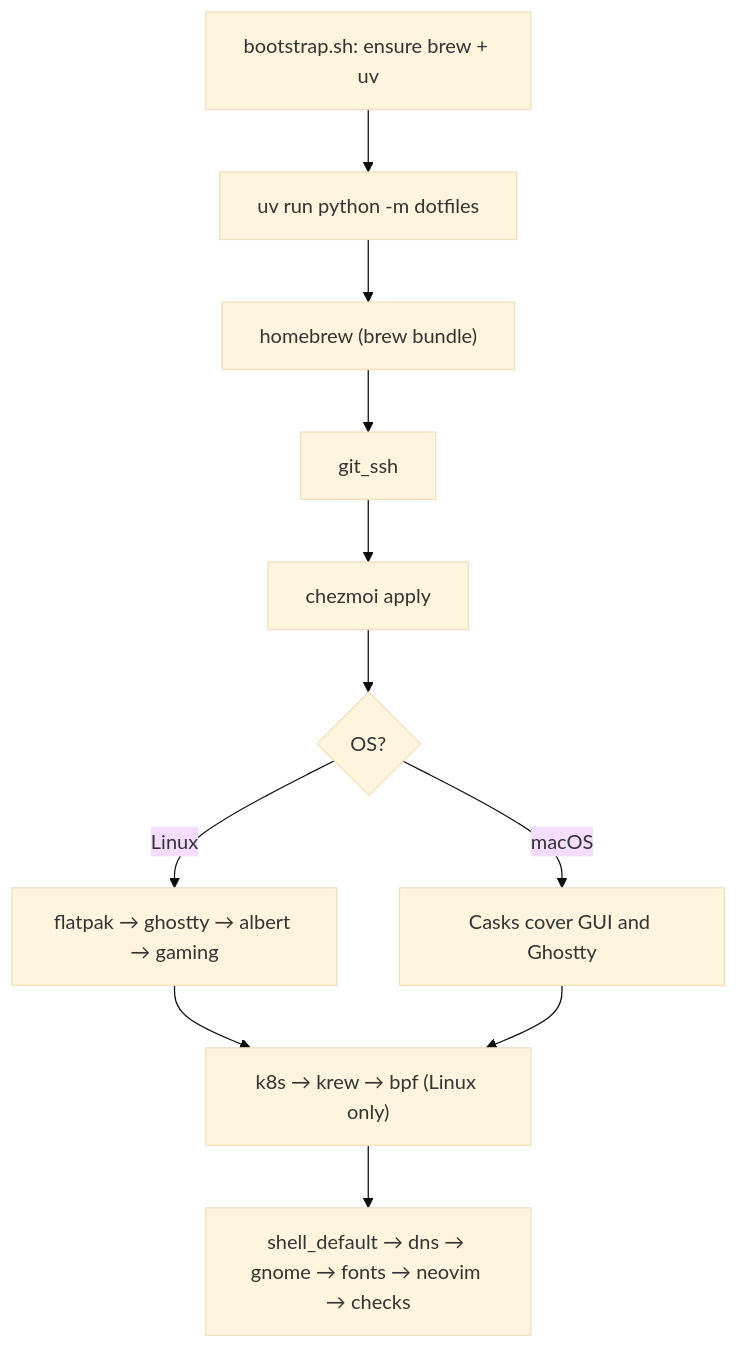
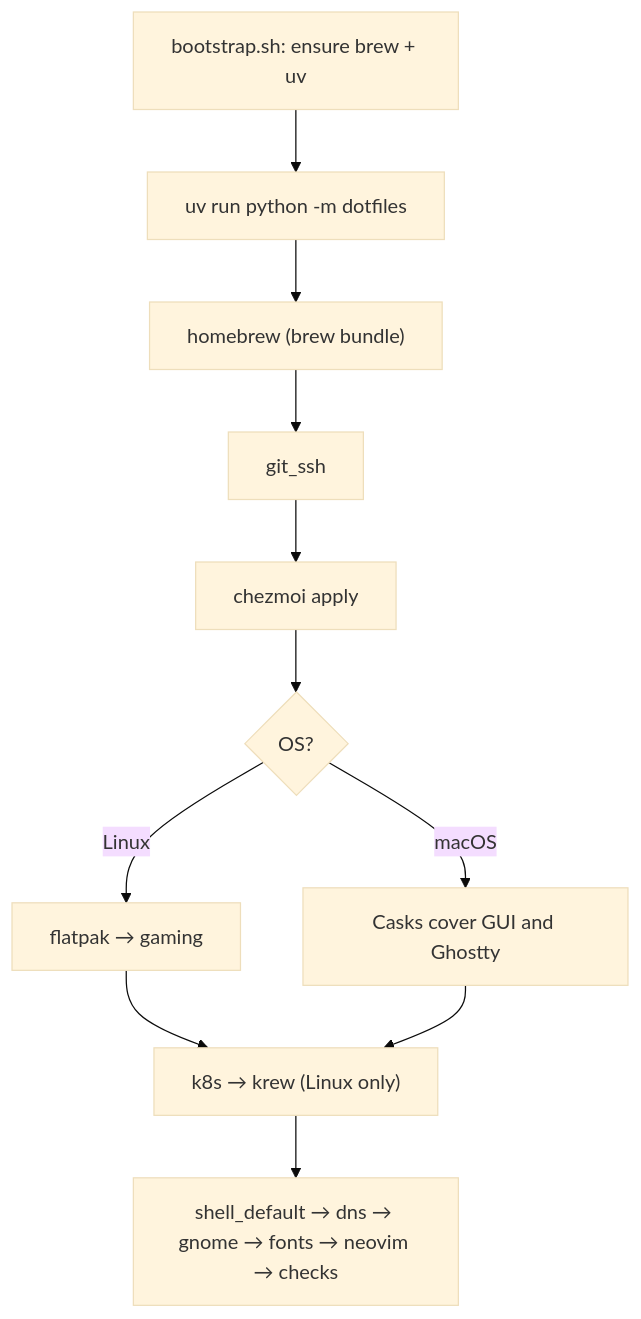
The diagram in readme.md (bourbonfgiles/dotfiles), drawn with Mermaid (base theme) before and after one commit. The commit also changed other lines of this file and 9 other files, not shown here.

````diff
--- a/readme.md
+++ b/readme.md
@@ -43,11 +42,11 @@
 ```mermaid
 flowchart TD
   S[bootstrap.sh: ensure brew + uv] --> M[uv run python -m dotfiles]
   M --> H["homebrew (brew bundle)"] --> G[git_ssh] --> C[chezmoi apply]
   C --> D{OS?}
-  D -->|Linux| E[flatpak → ghostty → albert → gaming]
+  D -->|Linux| E[flatpak → gaming]
   D -->|macOS| X[Casks cover GUI and Ghostty]
-  E --> K["k8s → krew → bpf (Linux only)"]
+  E --> K["k8s → krew (Linux only)"]
   X --> K
   K --> Z[shell_default → dns → gnome → fonts → neovim → checks]
 ```
````
